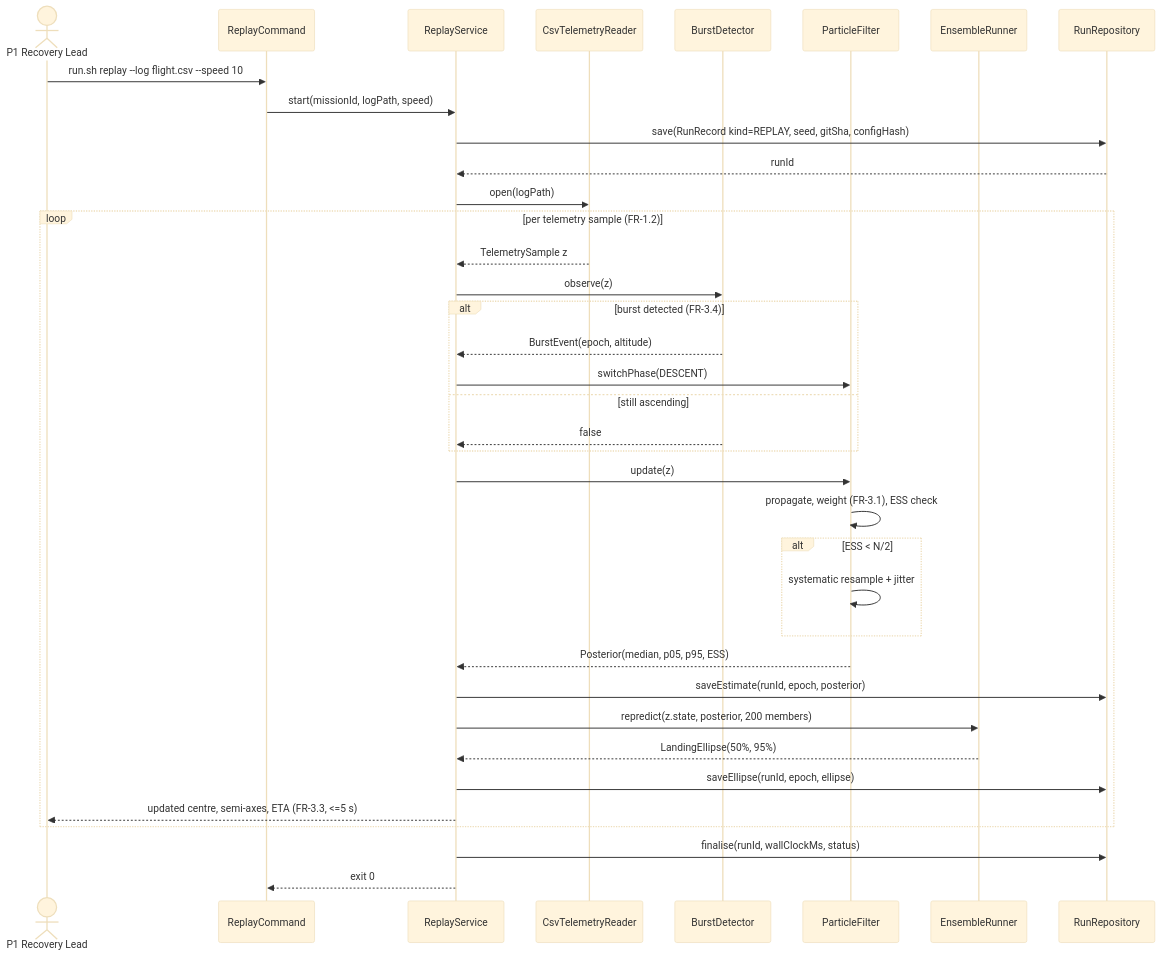
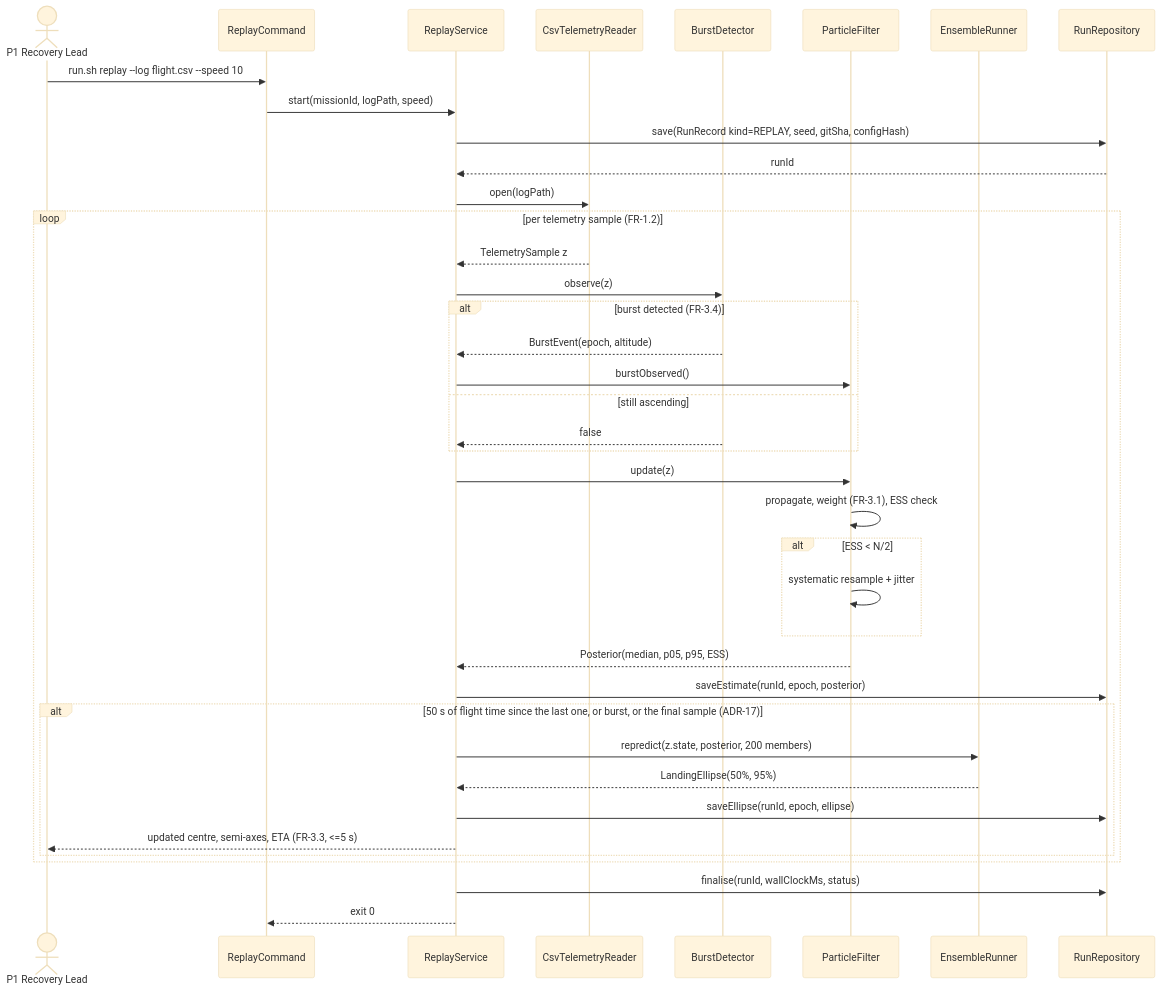
One commit to karannoying/SKY-FIX changed the third of 4 diagrams in docs/BLUEPRINT.md. Above: the diagram before and after it, drawn with Mermaid (base theme). The commit also changed other lines of this file and 12 other files, not shown here.

````diff
--- a/docs/BLUEPRINT.md
+++ b/docs/BLUEPRINT.md
@@ -241,40 +245,42 @@
 ```mermaid
 sequenceDiagram
     actor User as P1 Recovery Lead
     participant CLI as ReplayCommand
     participant RS as ReplayService
     participant TR as CsvTelemetryReader
     participant BD as BurstDetector
     participant PF as ParticleFilter
     participant ER as EnsembleRunner
     participant DB as RunRepository
 
     User->>CLI: run.sh replay --log flight.csv --speed 10
     CLI->>RS: start(missionId, logPath, speed)
     RS->>DB: save(RunRecord kind=REPLAY, seed, gitSha, configHash)
     DB-->>RS: runId
     RS->>TR: open(logPath)
     loop per telemetry sample (FR-1.2)
         TR-->>RS: TelemetrySample z
         RS->>BD: observe(z)
         alt burst detected (FR-3.4)
             BD-->>RS: BurstEvent(epoch, altitude)
-            RS->>PF: switchPhase(DESCENT)
+            RS->>PF: burstObserved()
         else still ascending
             BD-->>RS: false
         end
         RS->>PF: update(z)
         PF->>PF: propagate, weight (FR-3.1), ESS check
         alt ESS < N/2
             PF->>PF: systematic resample + jitter
         end
         PF-->>RS: Posterior(median, p05, p95, ESS)
         RS->>DB: saveEstimate(runId, epoch, posterior)
-        RS->>ER: repredict(z.state, posterior, 200 members)
-        ER-->>RS: LandingEllipse(50%, 95%)
-        RS->>DB: saveEllipse(runId, epoch, ellipse)
-        RS-->>User: updated centre, semi-axes, ETA (FR-3.3, <=5 s)
+        alt 50 s of flight time since the last one, or burst, or the final sample (ADR-17)
+            RS->>ER: repredict(z.state, posterior, 200 members)
+            ER-->>RS: LandingEllipse(50%, 95%)
+            RS->>DB: saveEllipse(runId, epoch, ellipse)
+            RS-->>User: updated centre, semi-axes, ETA (FR-3.3, <=5 s)
+        end
     end
     RS->>DB: finalise(runId, wallClockMs, status)
     RS-->>CLI: exit 0
 ```
````
